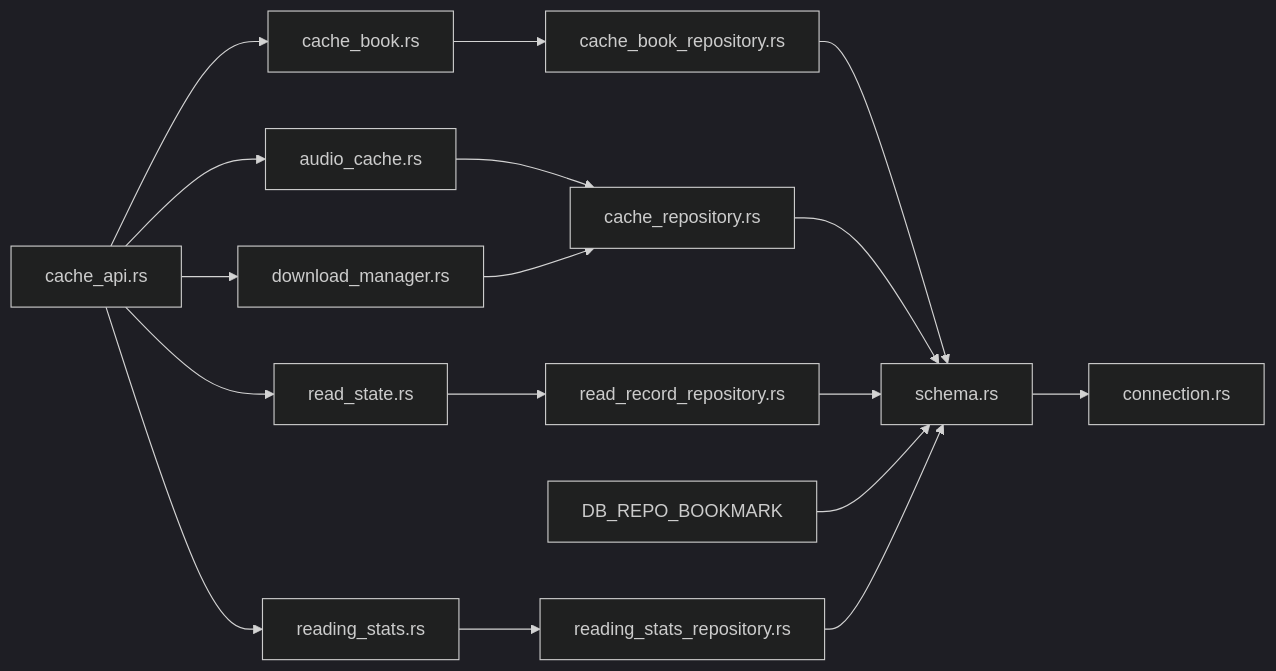
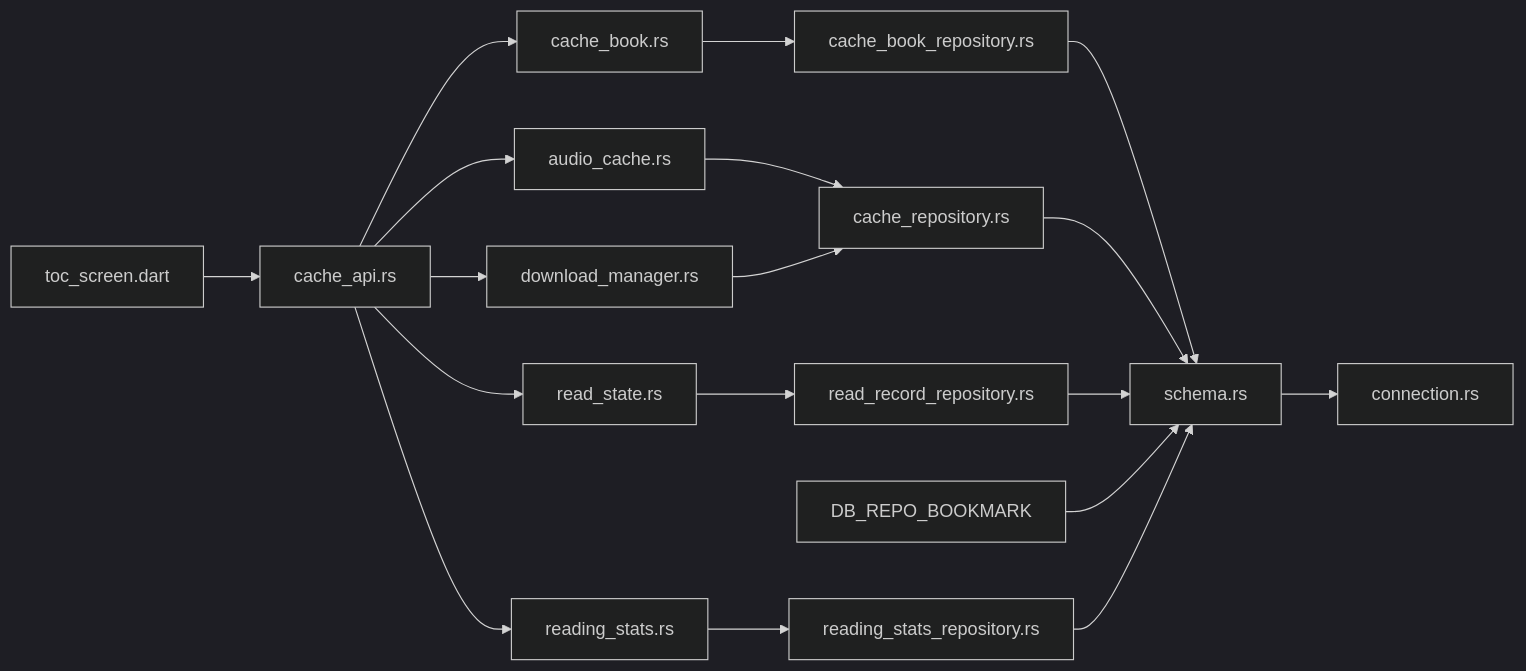
The seventh of 7 diagrams in .qoder/repowiki/zh/content/书籍处理系统/缓存管理.md (ZhangGHGitHub/LegadoTeamFlutter), drawn with Mermaid (dark theme) before and after one commit. The commit also changed other lines of this file and 173 other files, not shown here.

````diff
--- a/.qoder/repowiki/zh/content/书籍处理系统/缓存管理.md
+++ b/.qoder/repowiki/zh/content/书籍处理系统/缓存管理.md
@@ -358,19 +415,20 @@
 ```mermaid
 graph LR
 FFI_API["cache_api.rs"] --> CORE_CACHE["cache_book.rs"]
 FFI_API --> CORE_READ_STATE["read_state.rs"]
 FFI_API --> CORE_STATS["reading_stats.rs"]
 FFI_API --> CORE_AUDIO_CACHE["audio_cache.rs"]
 FFI_API --> CORE_DOWNLOAD["download_manager.rs"]
 CORE_CACHE --> DB_REPO_CACHE_BOOK["cache_book_repository.rs"]
 CORE_READ_STATE --> DB_REPO_READ_RECORD["read_record_repository.rs"]
 CORE_STATS --> DB_REPO_STATS["reading_stats_repository.rs"]
 CORE_AUDIO_CACHE --> DB_REPO_CACHE["cache_repository.rs"]
 CORE_DOWNLOAD --> DB_REPO_CACHE
 DB_REPO_CACHE_BOOK --> SCHEMA["schema.rs"]
 DB_REPO_CACHE --> SCHEMA
 DB_REPO_READ_RECORD --> SCHEMA
 DB_REPO_BOOKMARK --> SCHEMA
 DB_REPO_STATS --> SCHEMA
 SCHEMA --> CONN["connection.rs"]
+FLUTTER_TOC["toc_screen.dart"] --> FFI_API
 ```
````
